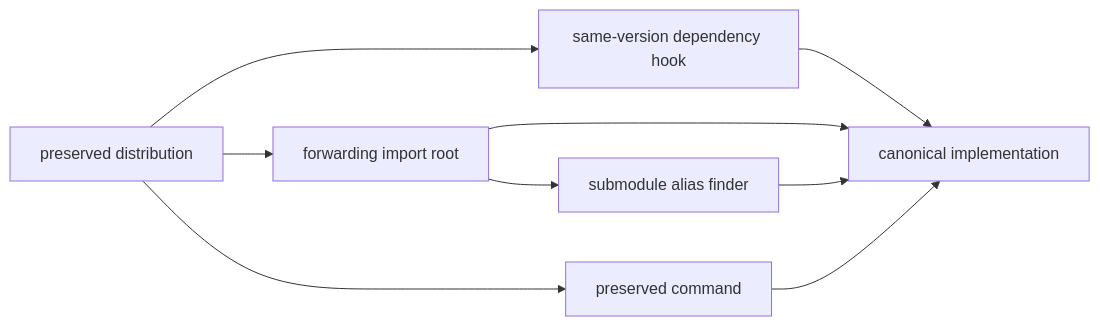
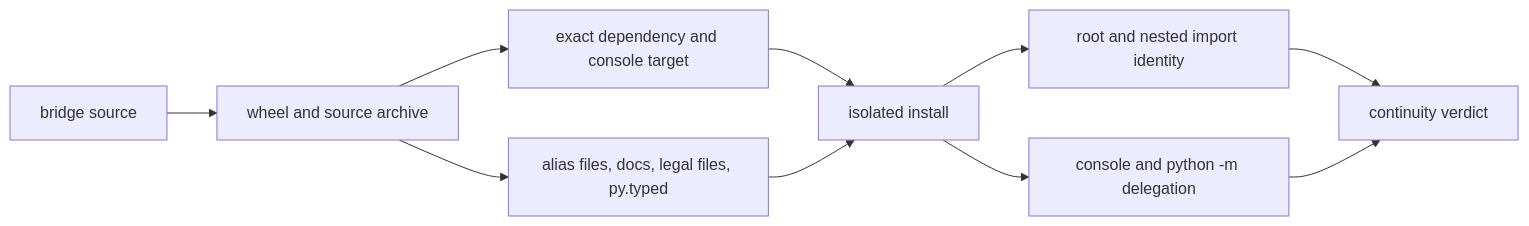
The second of 2 diagrams in docs/08-compat-packages/migration/compatibility-overview.md (bijux/bijux-canon), drawn with Mermaid before and after one commit. The commit also changed other lines of this file and 1 other file, not shown here.

````diff
--- a/docs/08-compat-packages/migration/compatibility-overview.md
+++ b/docs/08-compat-packages/migration/compatibility-overview.md
@@ -23,14 +78,12 @@
 ```mermaid
 flowchart LR
-    install["preserved distribution"]
-    hook["same-version dependency hook"]
-    root["forwarding import root"]
-    finder["submodule alias finder"]
-    command["preserved command"]
-    canonical["canonical implementation"]
-
-    install --> hook --> canonical
-    install --> root --> canonical
-    root --> finder --> canonical
-    install --> command --> canonical
+    source["bridge source"] --> build["wheel and source archive"]
+    build --> metadata["exact dependency and console target"]
+    build --> layout["alias files, docs, legal files, py.typed"]
+    metadata --> install["isolated install"]
+    layout --> install
+    install --> import["root and nested import identity"]
+    install --> command["console and python -m delegation"]
+    import --> result["continuity verdict"]
+    command --> result
 ```
````
